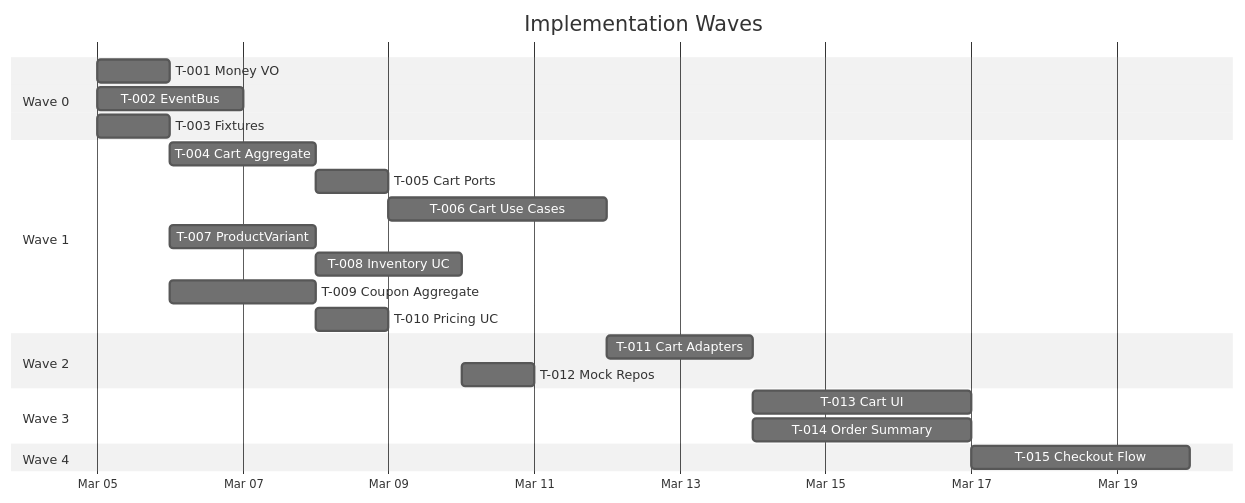
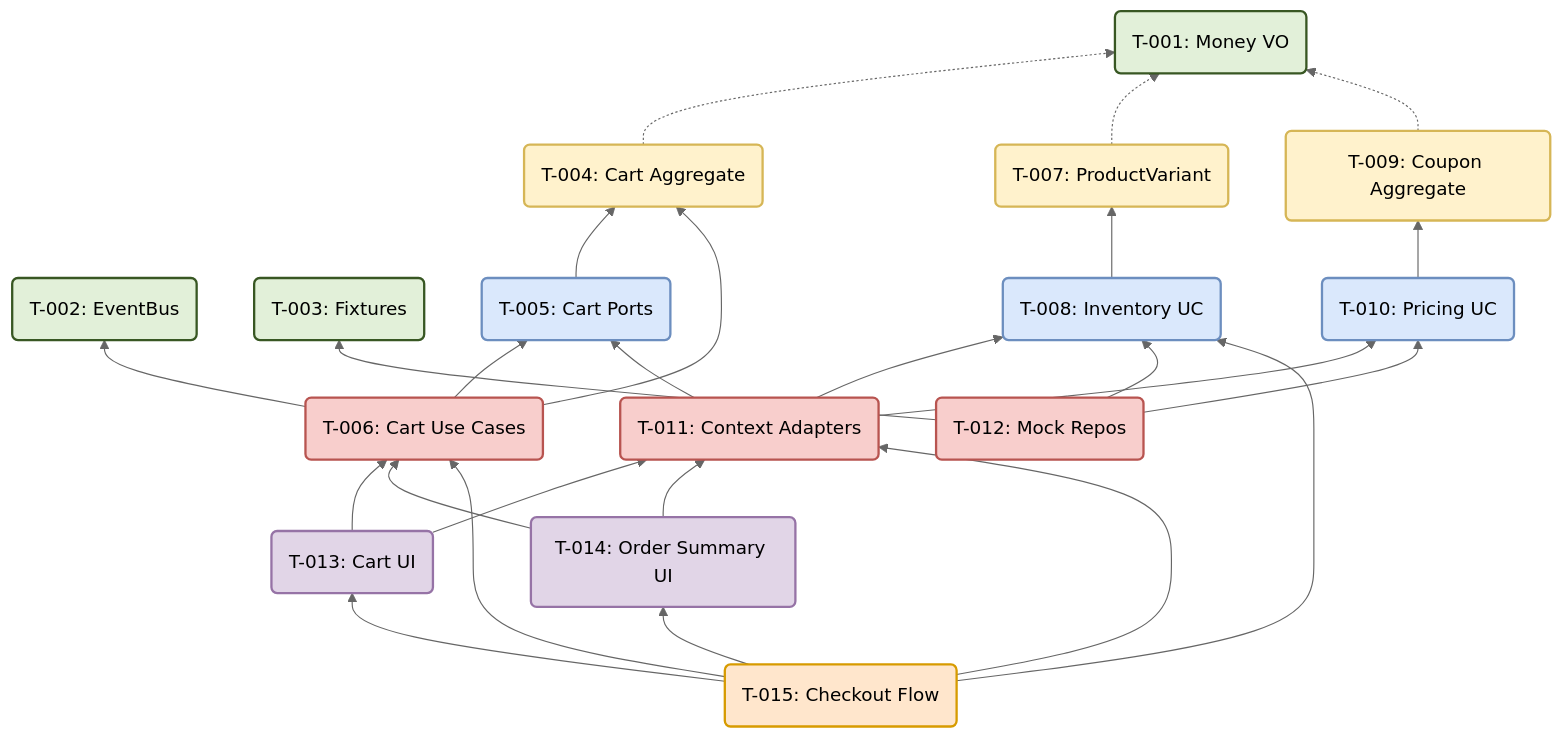
The diagram in TICKETS.md (PavelPetrovich87/shopping-cart), drawn with Mermaid (neutral theme) before and after one commit. The commit also changed other lines of this file and 3 other files, not shown here.

Commit message:
feat: Introduce agent skills for parallel feature isolation and execution, define specifications for cart aggregate root and shared fixtures, and update the ticket system.

````diff
--- a/TICKETS.md
+++ b/TICKETS.md
@@ -303,31 +314,50 @@
 ```mermaid
-gantt
-    title Implementation Waves
-    dateFormat  YYYY-MM-DD
-    axisFormat  %b %d
+graph BT
+    %% Styling
+    classDef t1 fill:#e2f0d9,stroke:#385723,stroke-width:2px;
+    classDef t2 fill:#fff2cc,stroke:#d6b656,stroke-width:2px;
+    classDef t3 fill:#dae8fc,stroke:#6c8ebf,stroke-width:2px;
+    classDef t4 fill:#f8cecc,stroke:#b85450,stroke-width:2px;
+    classDef t5 fill:#e1d5e7,stroke:#9673a6,stroke-width:2px;
+    classDef t6 fill:#ffe6cc,stroke:#d79b00,stroke-width:2px;
 
-    section Wave 0
-    T-001 Money VO         :w0a, 2026-03-05, 1d
-    T-002 EventBus         :w0b, 2026-03-05, 2d
-    T-003 Fixtures         :w0c, 2026-03-05, 1d
+    %% Nodes
+    T001("T-001: Money VO"):::t1
+    T002("T-002: EventBus"):::t1
+    T003("T-003: Fixtures"):::t1
 
-    section Wave 1
-    T-004 Cart Aggregate   :w1a, after w0a, 2d
-    T-005 Cart Ports       :w1b, after w1a, 1d
-    T-006 Cart Use Cases   :w1c, after w1b, 3d
-    T-007 ProductVariant   :w1d, after w0a, 2d
-    T-008 Inventory UC     :w1e, after w1d, 2d
-    T-009 Coupon Aggregate :w1f, after w0a, 2d
-    T-010 Pricing UC       :w1g, after w1f, 1d
+    T004("T-004: Cart Aggregate"):::t2
+    T007("T-007: ProductVariant"):::t2
+    T009("T-009: Coupon Aggregate"):::t2
 
-    section Wave 2
-    T-011 Cart Adapters    :w2a, after w1c w1e w1g, 2d
-    T-012 Mock Repos       :w2b, after w0c w1e w1g, 1d
+    T005("T-005: Cart Ports"):::t3
+    T008("T-008: Inventory UC"):::t3
+    T010("T-010: Pricing UC"):::t3
 
-    section Wave 3
-    T-013 Cart UI          :w3a, after w2a, 3d
-    T-014 Order Summary    :w3b, after w2a, 3d
+    T006("T-006: Cart Use Cases"):::t4
+    T011("T-011: Context Adapters"):::t4
+    T012("T-012: Mock Repos"):::t4
 
-    section Wave 4
-    T-015 Checkout Flow    :w4a, after w3a w3b, 3d
+    T013("T-013: Cart UI"):::t5
+    T014("T-014: Order Summary UI"):::t5
+
+    T015("T-015: Checkout Flow"):::t6
+
+    %% Edges (Dependencies)
+    T004 -.-> T001
+    T007 -.-> T001
+    T009 -.-> T001
+
+    T005 --> T004
+    T008 --> T007
+    T010 --> T009
+
+    T006 --> T004 & T005 & T002
+    T011 --> T005 & T008 & T010
+    T012 --> T003 & T008 & T010
+
+    T013 --> T006 & T011
+    T014 --> T006 & T011
+
+    T015 --> T006 & T008 & T011 & T013 & T014
 ```
````
